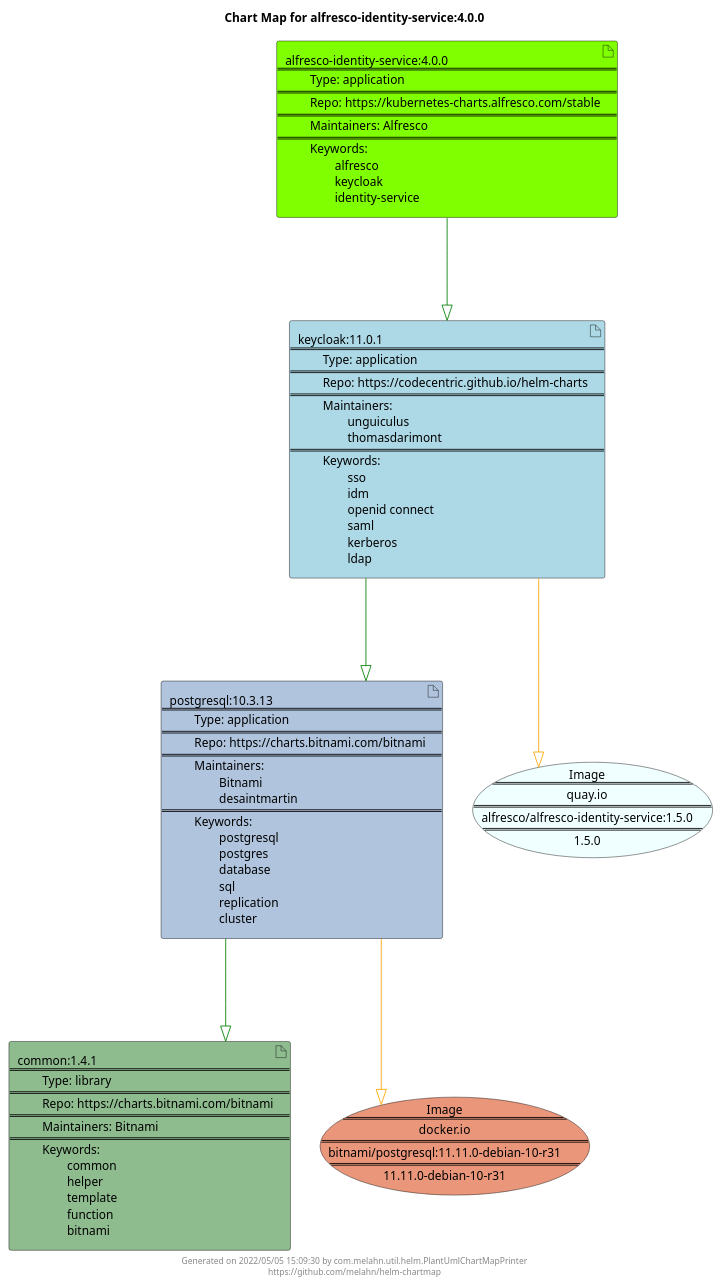
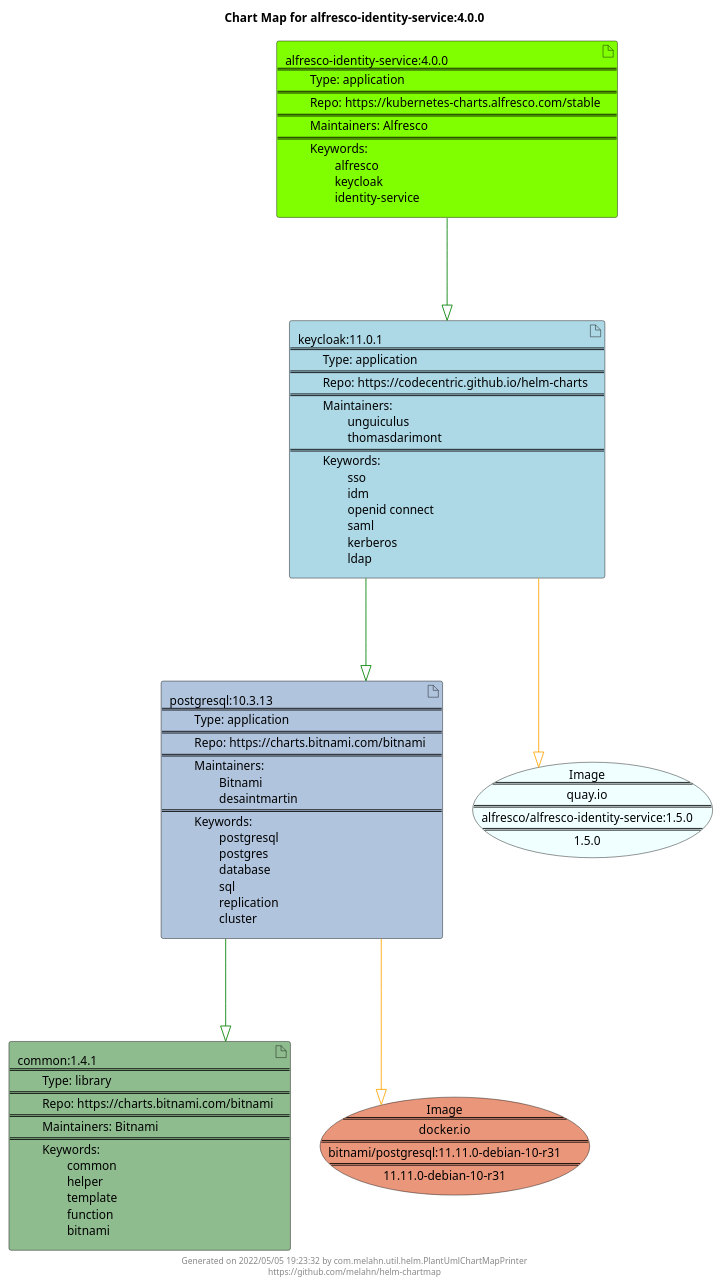
The diagram in docs/alfresco-identity-service/alfresco-identity-service-4.0.0.puml (melahn/helm-chartmap), drawn with PlantUML before and after one commit. The commit also changed 63 other files, not shown here.

Commit message:
Update Example Chart Maps as part of GitHub build

```diff
--- a/docs/alfresco-identity-service/alfresco-identity-service-4.0.0.puml
+++ b/docs/alfresco-identity-service/alfresco-identity-service-4.0.0.puml
@@ -1,29 +1,29 @@
 @startuml
 skinparam linetype ortho
 skinparam backgroundColor white
 skinparam usecaseBorderColor black
 skinparam usecaseArrowColor LightSlateGray
 skinparam artifactBorderColor black
 skinparam artifactArrowColor LightSlateGray
 
 title Chart Map for alfresco-identity-service:4.0.0
 
 'There are 4 referenced Helm Charts
 artifact "common:1.4.1\n====\n\tType: library\n====\n\tRepo: https://charts.bitnami.com/bitnami\n====\n\tMaintainers: Bitnami\n====\n\tKeywords: \n\t\tcommon\n\t\thelper\n\t\ttemplate\n\t\tfunction\n\t\tbitnami" as common_1_4_1 #DarkSeaGreen
 artifact "alfresco-identity-service:4.0.0\n====\n\tType: application\n====\n\tRepo: https://kubernetes-charts.alfresco.com/stable\n====\n\tMaintainers: Alfresco\n====\n\tKeywords: \n\t\talfresco\n\t\tkeycloak\n\t\tidentity-service" as alfresco_identity_service_4_0_0 #Chartreuse
 artifact "postgresql:10.3.13\n====\n\tType: application\n====\n\tRepo: https://charts.bitnami.com/bitnami\n====\n\tMaintainers: \n\t\tBitnami\n\t\tdesaintmartin\n====\n\tKeywords: \n\t\tpostgresql\n\t\tpostgres\n\t\tdatabase\n\t\tsql\n\t\treplication\n\t\tcluster" as postgresql_10_3_13 #LightSteelBlue
 artifact "keycloak:11.0.1\n====\n\tType: application\n====\n\tRepo: https://codecentric.github.io/helm-charts\n====\n\tMaintainers: \n\t\tunguiculus\n\t\tthomasdarimont\n====\n\tKeywords: \n\t\tsso\n\t\tidm\n\t\topenid connect\n\t\tsaml\n\t\tkerberos\n\t\tldap" as keycloak_11_0_1 #LightBlue
 
 'There are 2 referenced Docker Images
 usecase "Image\n====\nquay.io\n====\nalfresco/alfresco-identity-service:1.5.0\n====\n1.5.0" as quay_io_alfresco_alfresco_identity_service_1_5_0 #Azure
 usecase "Image\n====\ndocker.io\n====\nbitnami/postgresql:11.11.0-debian-10-r31\n====\n11.11.0-debian-10-r31" as docker_io_bitnami_postgresql_11_11_0_debian_10_r31 #DarkSalmon
 
 'Chart Dependencies
 alfresco_identity_service_4_0_0--[#green]-|>keycloak_11_0_1
 keycloak_11_0_1--[#green]-|>postgresql_10_3_13
 postgresql_10_3_13--[#green]-|>common_1_4_1
 postgresql_10_3_13--[#orange]-|>docker_io_bitnami_postgresql_11_11_0_debian_10_r31
 keycloak_11_0_1--[#orange]-|>quay_io_alfresco_alfresco_identity_service_1_5_0
 
-center footer Generated on 2022/05/05 15:09:30 by com.melahn.util.helm.PlantUmlChartMapPrinter\nhttps://github.com/melahn/helm-chartmap
+center footer Generated on 2022/05/05 19:23:32 by com.melahn.util.helm.PlantUmlChartMapPrinter\nhttps://github.com/melahn/helm-chartmap
 @enduml
```
